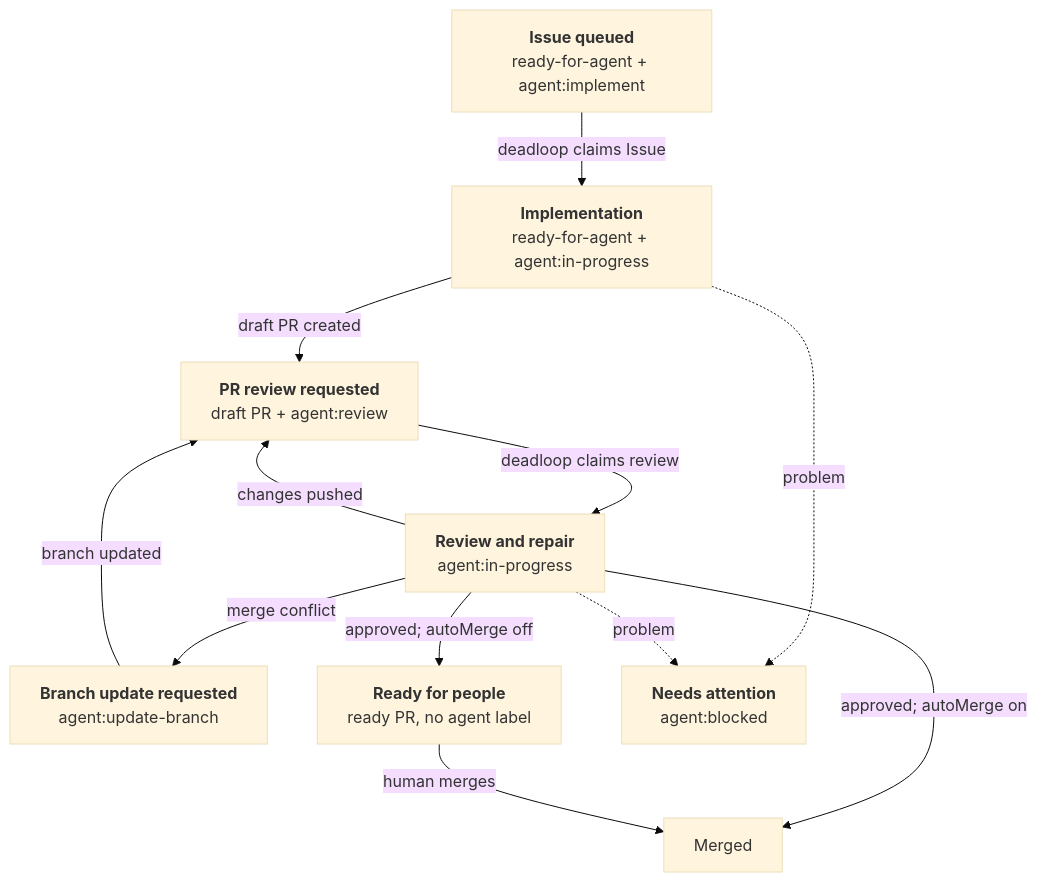
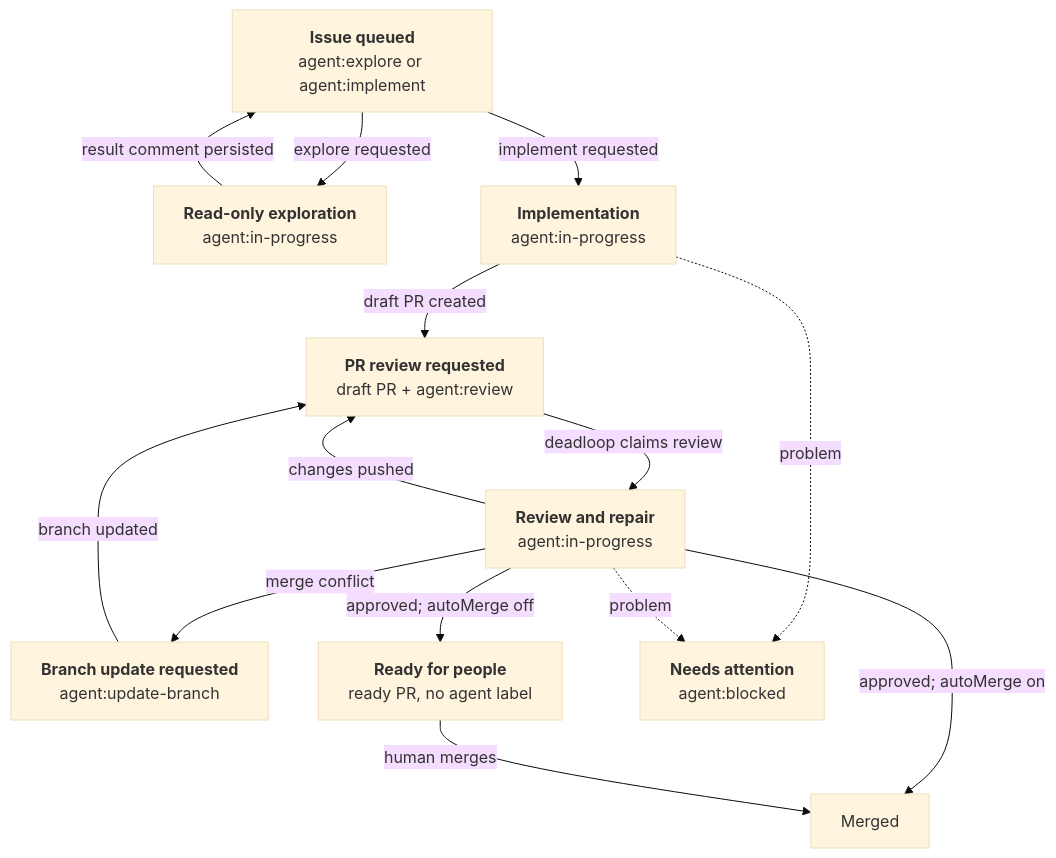
The diagram in README.md (yasuhito/deadloop), drawn with Mermaid (base theme) before and after one commit. The commit also changed other lines of this file and 29 other files, not shown here.

Commit message:
feat: process issue agent requests with exploration

````diff
--- a/README.md
+++ b/README.md
@@ -55,30 +52,34 @@
 ```mermaid
 flowchart TD
     I["`**Issue queued**
-    ready-for-agent + agent:implement`"]
+    agent:explore or agent:implement`"]
+    E["`**Read-only exploration**
+    agent:in-progress`"]
     W["`**Implementation**
-    ready-for-agent + agent:in-progress`"]
+    agent:in-progress`"]
     R["`**PR review requested**
     draft PR + agent:review`"]
     V["`**Review and repair**
     agent:in-progress`"]
     U["`**Branch update requested**
     agent:update-branch`"]
     H["`**Ready for people**
     ready PR, no agent label`"]
     M["Merged"]
     B["`**Needs attention**
     agent:blocked`"]
 
-    I -->|deadloop claims Issue| W
+    I -->|explore requested| E
+    E -->|result comment persisted| I
+    I -->|implement requested| W
     W -->|draft PR created| R
     R -->|deadloop claims review| V
     V -->|changes pushed| R
     V -->|merge conflict| U
     U -->|branch updated| R
     V -->|approved; autoMerge off| H
     V -->|approved; autoMerge on| M
     H -->|human merges| M
     W -. problem .-> B
     V -. problem .-> B
 ```
````
